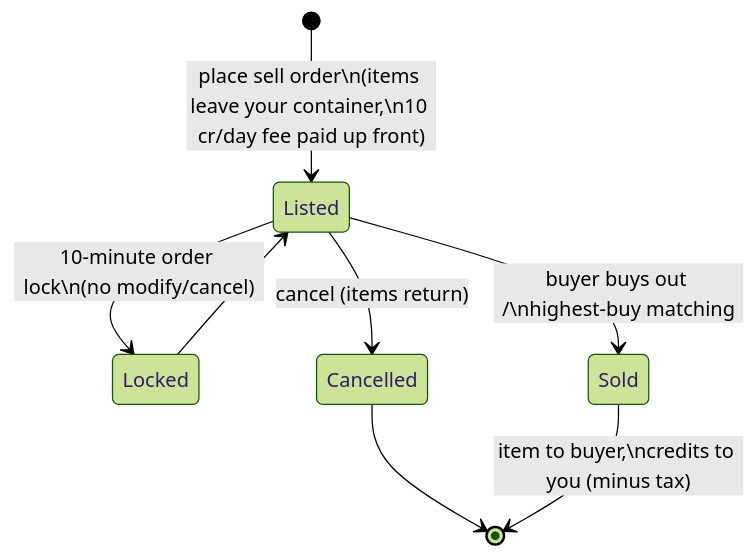
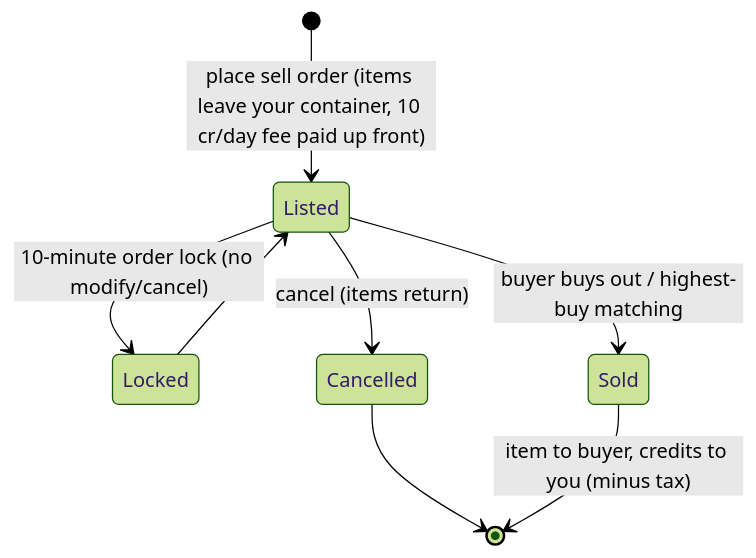
Before and after one commit to OpenPerpetuum/Wiki: the diagram in content/features/market.md, drawn with Mermaid (forest theme). The commit also changed 6 other files, not shown here.

First line of the commit message:
Fixes: mermaid state-diagram labels (broken parse + silent \n)

````diff
--- a/content/features/market.md
+++ b/content/features/market.md
@@ -15,10 +15,10 @@
 ```mermaid
 stateDiagram-v2
-    [*] --> Listed: place sell order\n(items leave your container,\n10 cr/day fee paid up front)
-    Listed --> Locked: 10-minute order lock\n(no modify/cancel)
+    [*] --> Listed: place sell order (items leave your container, 10 cr/day fee paid up front)
+    Listed --> Locked: 10-minute order lock (no modify/cancel)
     Locked --> Listed
-    Listed --> Sold: buyer buys out /\nhighest-buy matching
+    Listed --> Sold: buyer buys out / highest-buy matching
     Listed --> Cancelled: cancel (items return)
     Cancelled --> [*]
-    Sold --> [*]: item to buyer,\ncredits to you (minus tax)
+    Sold --> [*]: item to buyer, credits to you (minus tax)
 ```
````
